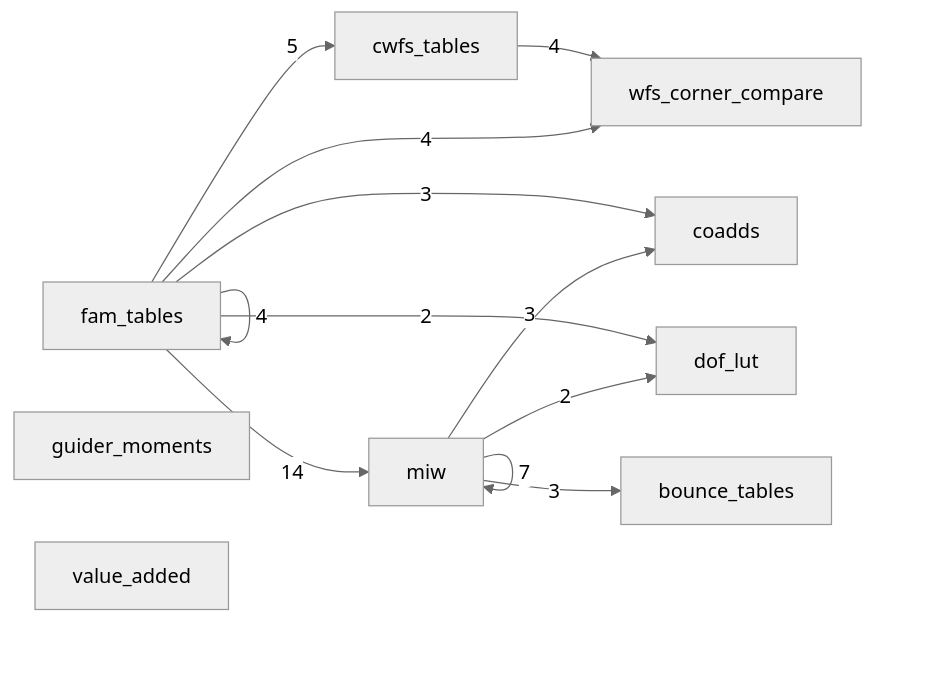
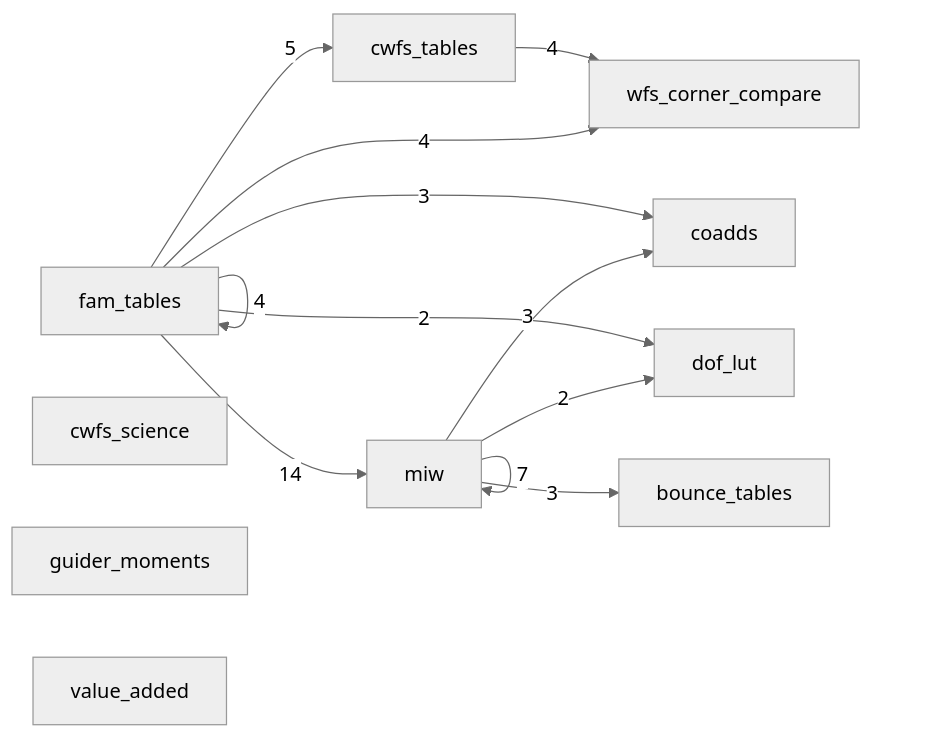
Before and after one commit to aaronroodman/rubin-work: the diagram in PRODUCT_MAP.md, drawn with Mermaid (neutral theme). The commit also changed other lines of this file and 4 other files, not shown here.

First line of the commit message:
cwfs_science 20261026 current; study pins it

````diff
--- a/PRODUCT_MAP.md
+++ b/PRODUCT_MAP.md
@@ -13,16 +13,17 @@
 ```mermaid
 flowchart LR
     cwfs_tables -->|4| wfs_corner_compare
     fam_tables -->|3| coadds
     fam_tables -->|5| cwfs_tables
     fam_tables -->|2| dof_lut
     fam_tables -->|4| fam_tables
     fam_tables -->|14| miw
     fam_tables -->|4| wfs_corner_compare
     miw -->|3| bounce_tables
     miw -->|3| coadds
     miw -->|2| dof_lut
     miw -->|7| miw
+    cwfs_science
     guider_moments
     value_added
 ```
````
